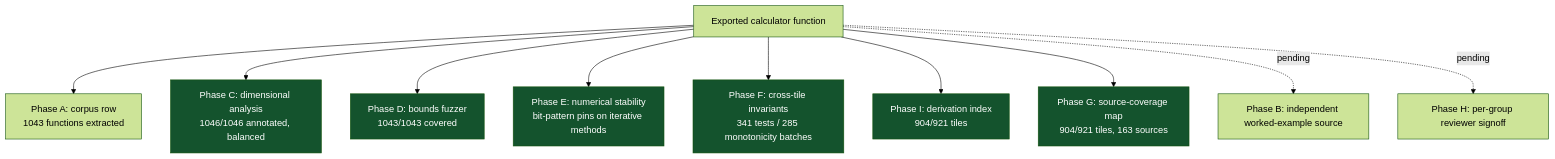
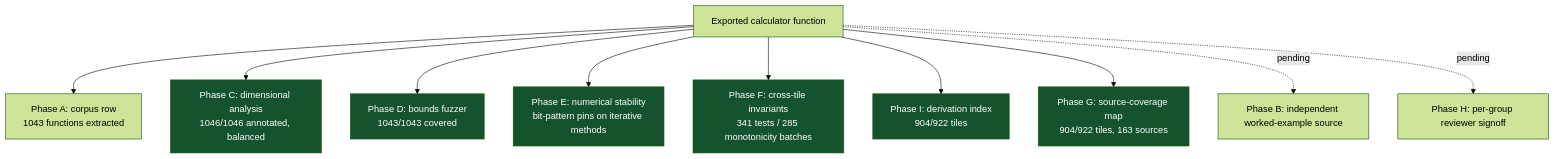
Before and after one commit to clay-good/roughlogic.com: the sixth of 8 diagrams in README.md, drawn with Mermaid (forest theme). The commit also changed other lines of this file and 18 other files, not shown here.

````diff
--- a/README.md
+++ b/README.md
@@ -519,18 +519,18 @@
 ```mermaid
 flowchart TB
     F[Exported calculator function] --> A[Phase A: corpus row\n1043 functions extracted]
     F --> C[Phase C: dimensional analysis\n1046/1046 annotated, balanced]
     F --> D[Phase D: bounds fuzzer\n1043/1043 covered]
     F --> E[Phase E: numerical stability\nbit-pattern pins on iterative methods]
     F --> Fa[Phase F: cross-tile invariants\n341 tests / 285 monotonicity batches]
-    F --> I[Phase I: derivation index\n904/921 tiles]
-    F --> G[Phase G: source-coverage map\n904/921 tiles, 163 sources]
+    F --> I[Phase I: derivation index\n904/922 tiles]
+    F --> G[Phase G: source-coverage map\n904/922 tiles, 163 sources]
     F -.pending.-> B[Phase B: independent worked-example source]
     F -.pending.-> H[Phase H: per-group reviewer signoff]
     style C fill:#14532d,color:#fff
     style D fill:#14532d,color:#fff
     style E fill:#14532d,color:#fff
     style Fa fill:#14532d,color:#fff
     style G fill:#14532d,color:#fff
     style I fill:#14532d,color:#fff
 ```
````
